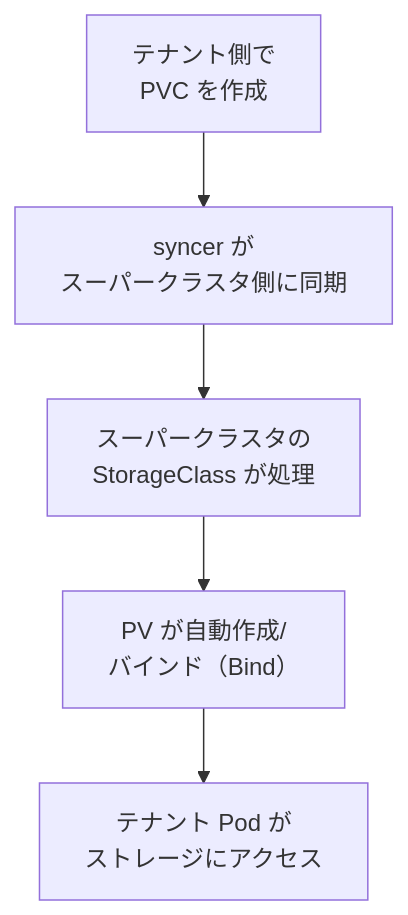
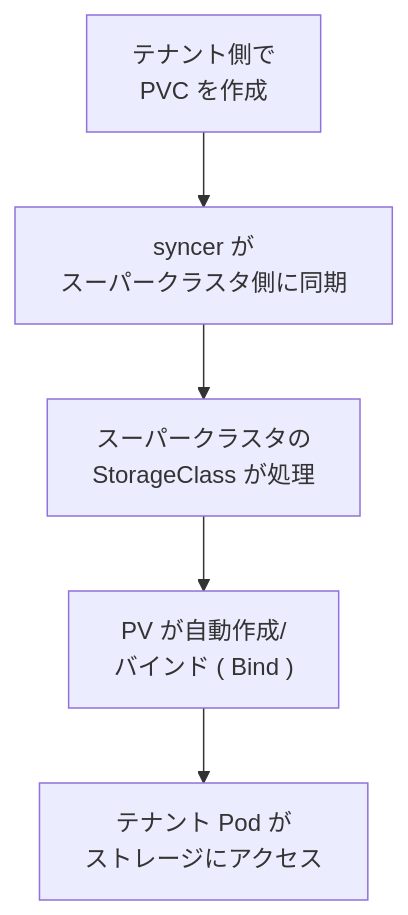
Before and after one commit to takeharukato/ansible-linux-setup: the first of 2 diagrams in roles/k8s-virtual-cluster/Readme.md, drawn with Mermaid. The commit also changed other lines of this file and 1 other file, not shown here.

````diff
--- a/roles/k8s-virtual-cluster/Readme.md
+++ b/roles/k8s-virtual-cluster/Readme.md
@@ -475,7 +475,7 @@
 ```mermaid
 flowchart TD
     A["テナント側で<br/>PVC を作成"] --> B["syncer が<br/>スーパークラスタ側に同期"]
     B --> C["スーパークラスタの<br/>StorageClass が処理"]
-    C --> D["PV が自動作成/<br/>バインド（Bind）"]
+    C --> D["PV が自動作成/<br/>バインド ( Bind ) "]
     D --> E["テナント Pod が<br/>ストレージにアクセス"]
 ```
````
